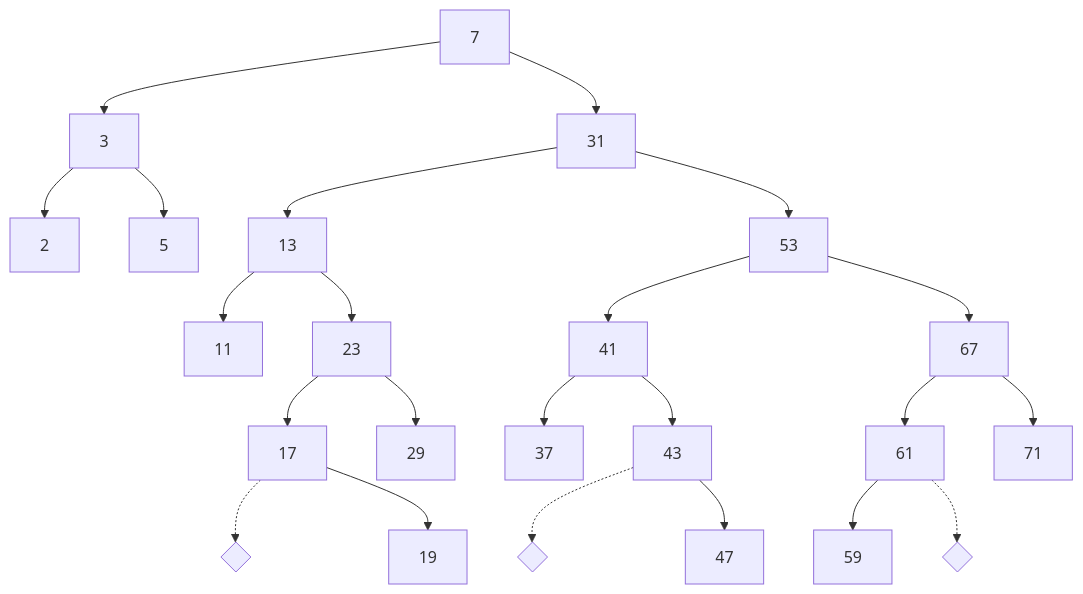
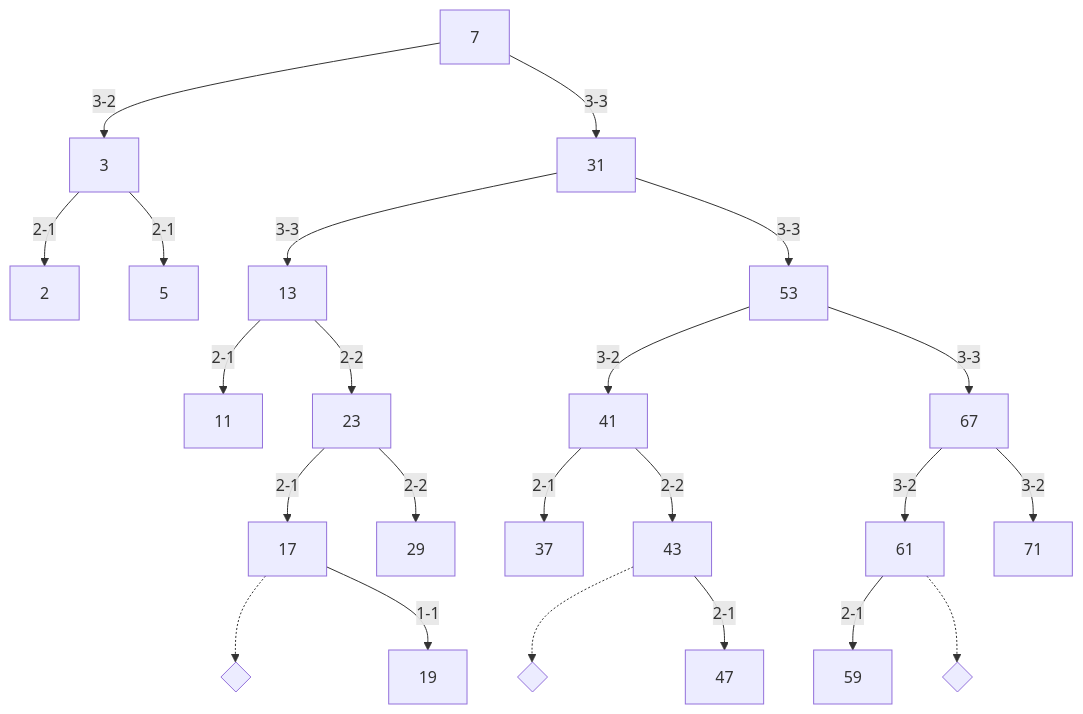
One commit to carsonfarmer/geometric-tree changed the first of 3 diagrams in README.md. Above: the diagram before and after it, drawn with Mermaid. The commit also changed other lines of this file and 12 other files, not shown here.

````diff
--- a/README.md
+++ b/README.md
@@ -25,25 +20,25 @@
 ```mermaid
-flowchart TB;
-  7-->3
-  3-->2
-  3-->5
-  7-->31
-  31-->13
-  13-->11
-  13-->23
-  23-->17
-  17-.->17null{ }
-  17-->19
-  23-->29
-  31-->53
-  53-->41
-  41-->37
-  41-->43
-  43-.->43null{ }
-  43-->47
-  53-->67
-  67-->61
-  61-->59
-  61-.->61null{ }
-  67-->71
+graph TD;
+7--3-2-->3
+3--2-1-->2
+3--2-1-->5
+7--3-3-->31
+31--3-3-->13
+13--2-1-->11
+13--2-2-->23
+23--2-1-->17
+17-.->17null{ }
+17--1-1-->19
+23--2-2-->29
+31--3-3-->53
+53--3-2-->41
+41--2-1-->37
+41--2-2-->43
+43-.->43null{ }
+43--2-1-->47
+53--3-3-->67
+67--3-2-->61
+61--2-1-->59
+61-.->61null{ }
+67--3-2-->71
 ```
````
